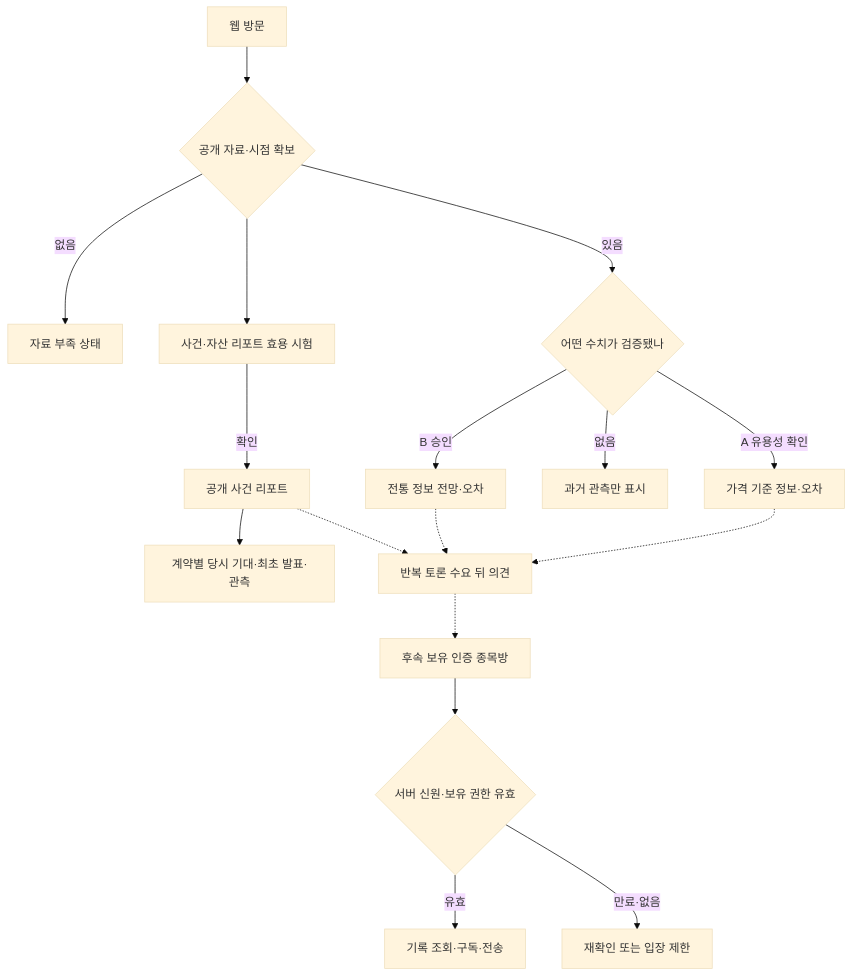
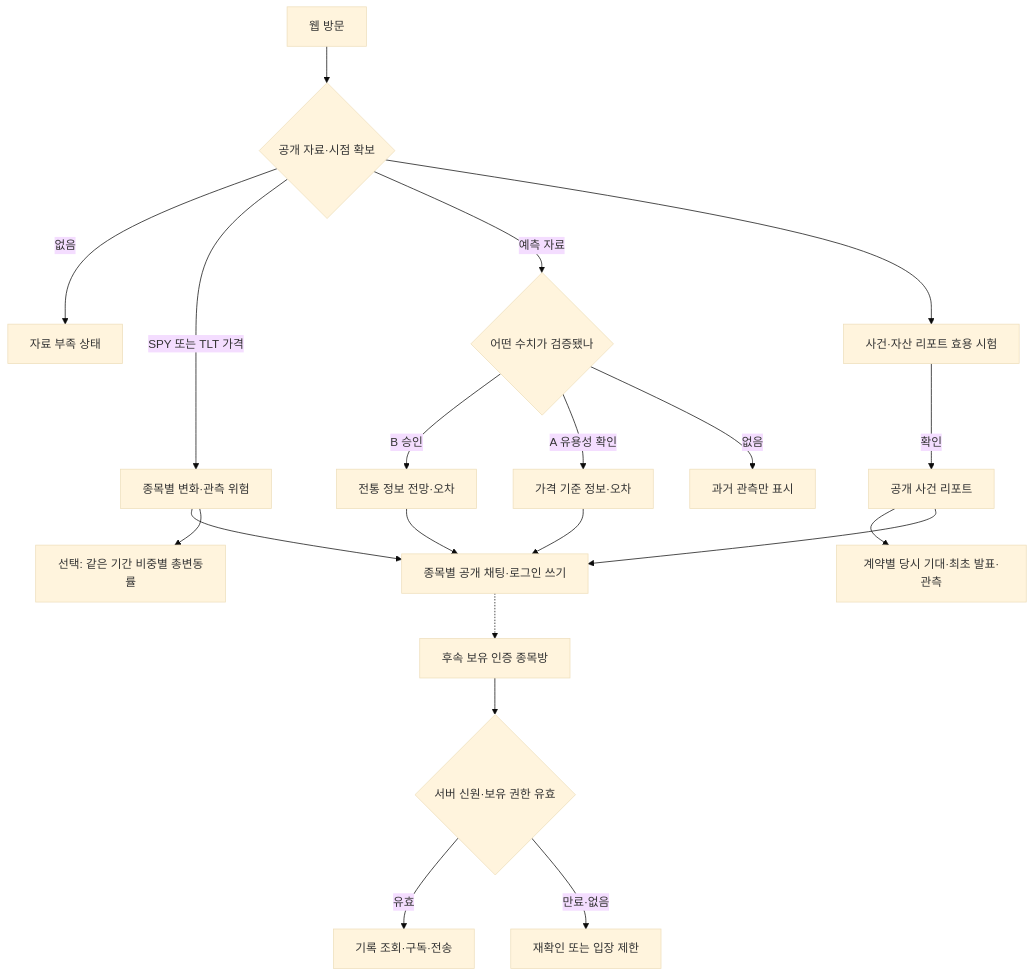
One commit to AnDev77/ShockGarph_AI changed the second of 2 diagrams in docs/project-flow.md. Above: the diagram before and after it, drawn with Mermaid (base theme). The commit also changed other lines of this file and 28 other files, not shown here.

````diff
--- a/docs/project-flow.md
+++ b/docs/project-flow.md
@@ -61,19 +61,22 @@
 ```mermaid
 flowchart TB
     U["웹 방문"] --> G{"공개 자료·시점 확보"}
     G -->|없음| Z["자료 부족 상태"]
-    G -->|있음| Q{"어떤 수치가 검증됐나"}
+    G -->|"SPY 또는 TLT 가격"| O["종목별 변화·관측 위험"]
+    O --> C["종목별 공개 채팅·로그인 쓰기"]
+    O --> P["선택: 같은 기간 비중별 총변동률"]
+    G -->|"예측 자료"| Q{"어떤 수치가 검증됐나"}
     Q -->|"B 승인"| B["전통 정보 전망·오차"]
     Q -->|"A 유용성 확인"| A["가격 기준 정보·오차"]
     Q -->|"없음"| X["과거 관측만 표시"]
     G --> H["사건·자산 리포트 효용 시험"]
     H -->|확인| L["공개 사건 리포트"]
     L --> K["계약별 당시 기대·최초 발표·관측"]
-    L -.-> D["반복 토론 수요 뒤 의견"]
-    B -.-> D
-    A -.-> D
-    D -.-> W["후속 보유 인증 종목방"]
+    L --> C
+    B --> C
+    A --> C
+    C -.-> W["후속 보유 인증 종목방"]
     W --> V{"서버 신원·보유 권한 유효"}
     V -->|유효| R["기록 조회·구독·전송"]
     V -->|만료·없음| F["재확인 또는 입장 제한"]
 ```
````
